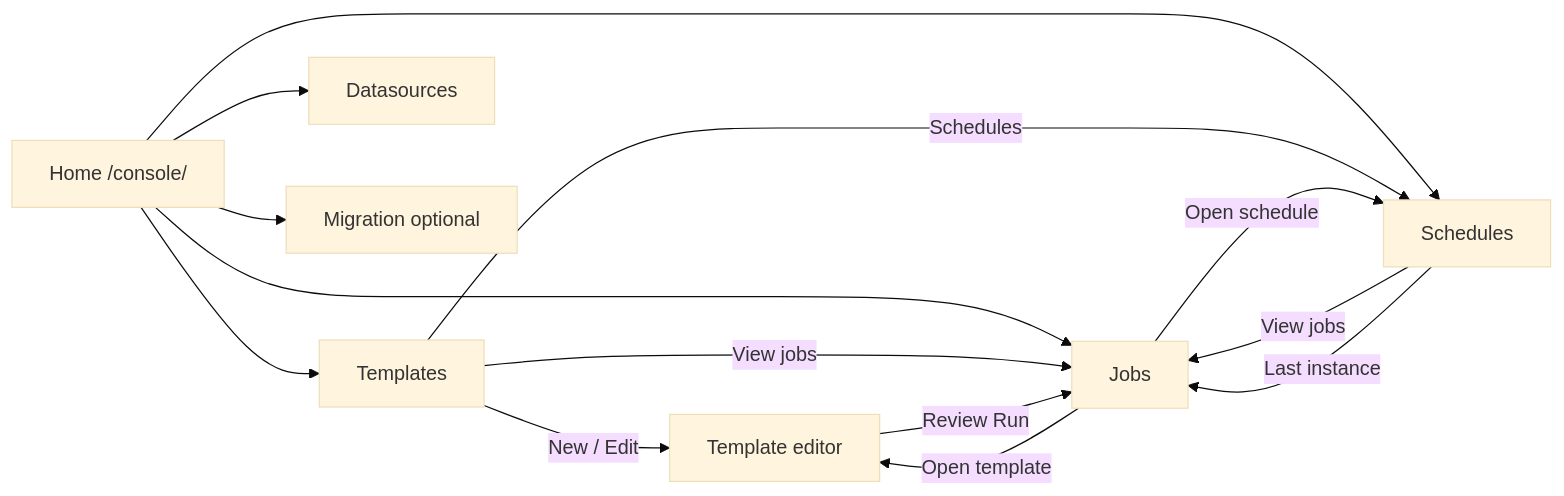
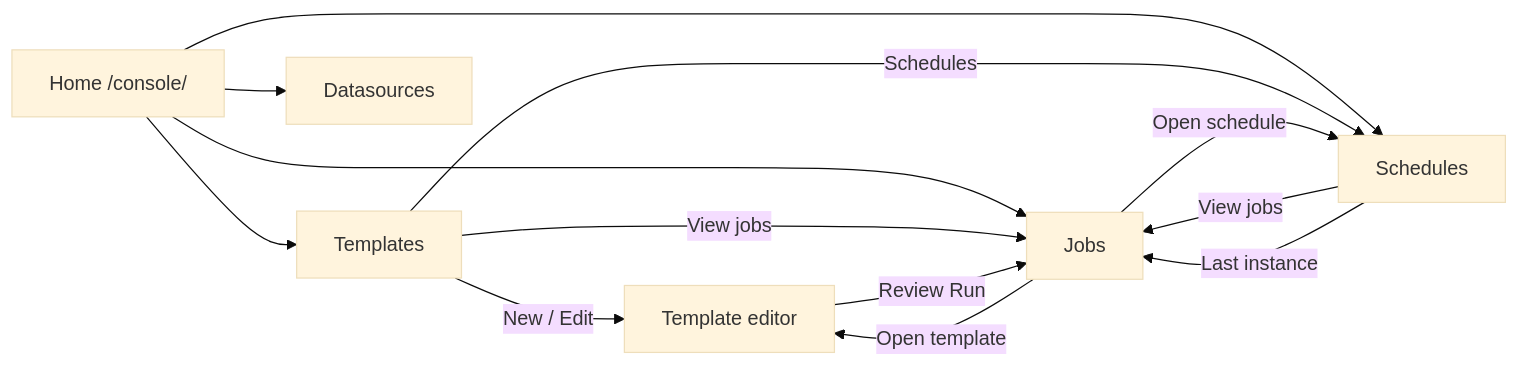
The diagram in docs/operator-console-usage.md (vasin-liu/data-generator), drawn with Mermaid (base theme) before and after one commit. The commit also changed other lines of this file and 18 other files, not shown here.

````diff
--- a/docs/operator-console-usage.md
+++ b/docs/operator-console-usage.md
@@ -63,25 +60,23 @@
 ```mermaid
 flowchart LR
   Home["Home /console/"]
   T["Templates"]
   D["Datasources"]
   J["Jobs"]
   S["Schedules"]
-  M["Migration optional"]
 
   Home --> T
   Home --> D
   Home --> J
   Home --> S
-  Home --> M
 
   T -->|New / Edit| TE["Template editor"]
   T -->|Schedules| S
   T -->|View jobs| J
 
   TE -->|Review Run| J
   S -->|View jobs| J
   S -->|Last instance| J
   J -->|Open template| TE
   J -->|Open schedule| S
 ```
````
